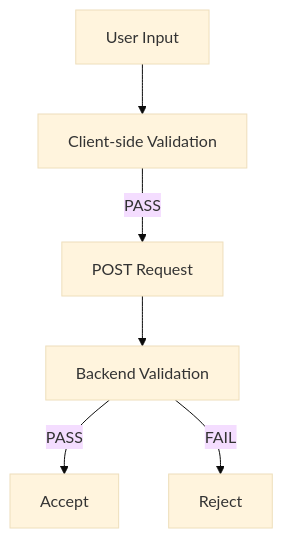
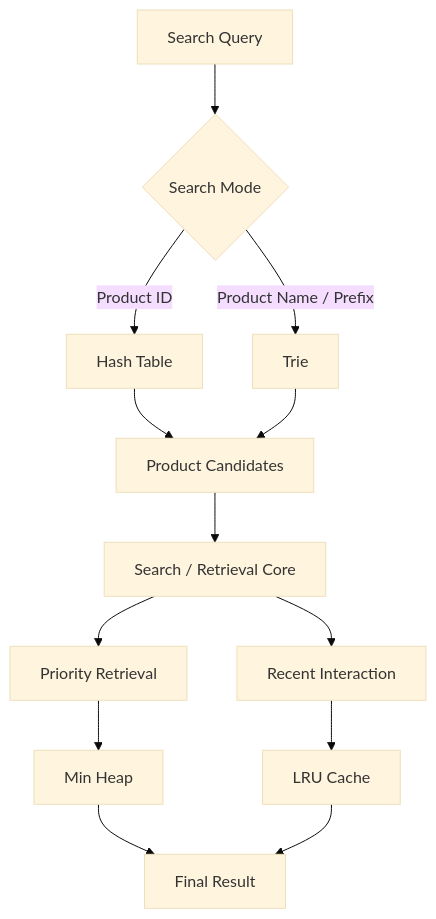
The third of 3 diagrams in README.md (D-an-DASA/warehouse_-_order_management), drawn with Mermaid (base theme) before and after one commit. The commit also changed other lines of this file, not shown here.

````diff
--- a/README.md
+++ b/README.md
@@ -402,15 +405,24 @@
 ```mermaid
 flowchart TD
-    A["User Input"]
-    B["Client-side Validation"]
-    C["POST Request"]
-    D["Backend Validation"]
-    E["Accept"]
-    F["Reject"]
 
-    A --> B
-    B -->|"PASS"| C
-    C --> D
-    D -->|"PASS"| E
-    D -->|"FAIL"| F
+    A["Search Query"]
+
+    A --> B{"Search Mode"}
+
+    B -->|"Product ID"| C["Hash Table"]
+    B -->|"Product Name / Prefix"| D["Trie"]
+
+    C --> E["Product Candidates"]
+    D --> E
+
+    E --> F["Search / Retrieval Core"]
+
+    F --> G["Priority Retrieval"]
+    G --> H["Min Heap"]
+
+    F --> I["Recent Interaction"]
+    I --> J["LRU Cache"]
+
+    H --> K["Final Result"]
+    J --> K
 ```
````
